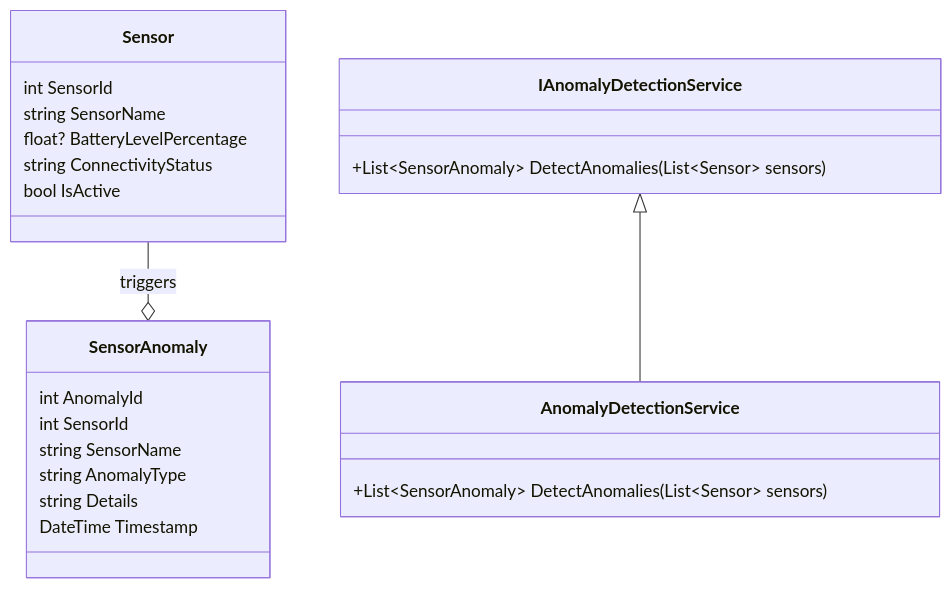
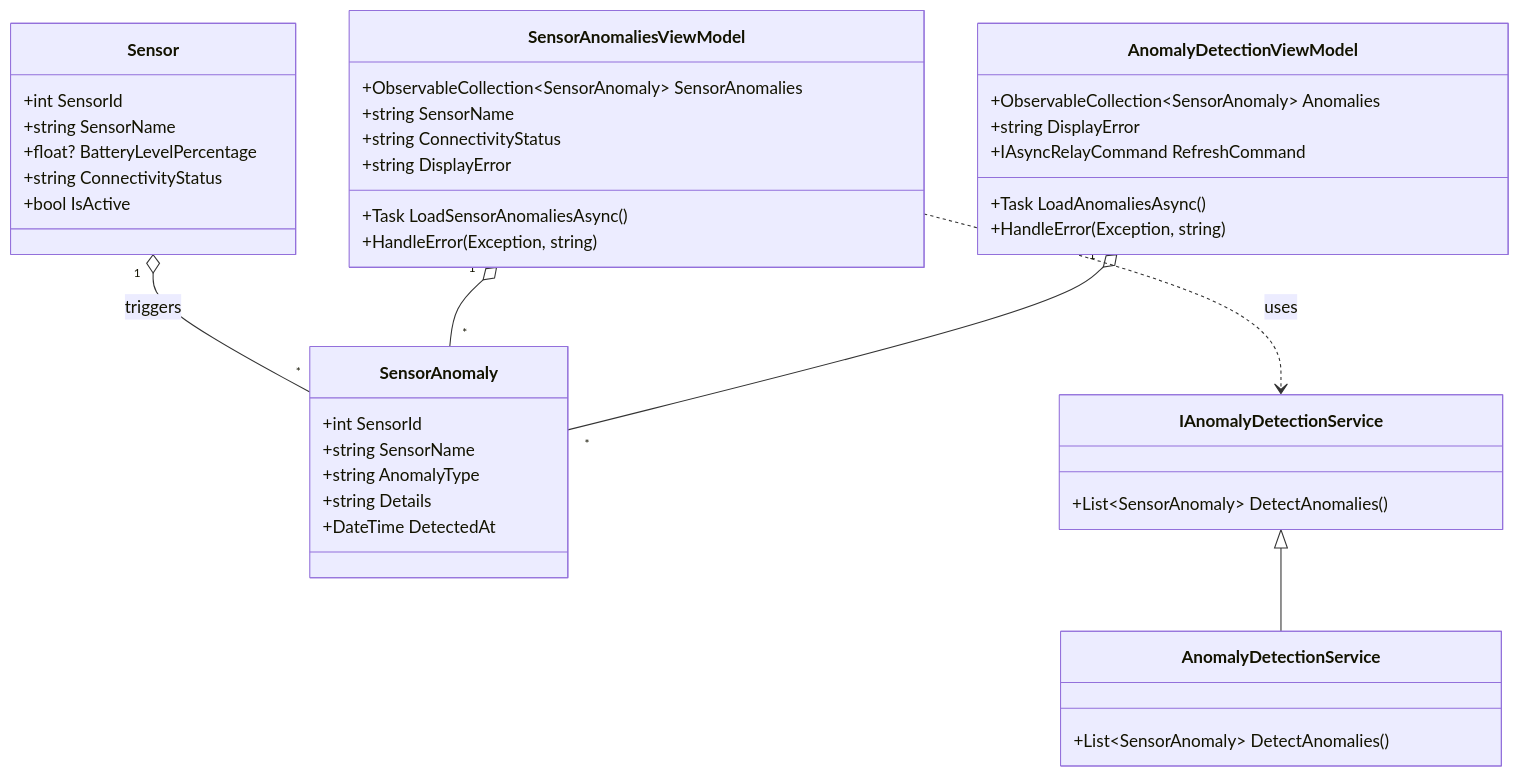
Before and after one commit to 40626785/Environment-Manager: the diagram in docs/source/SensorAnomalies.mmd, drawn with Mermaid.

Commit message:
Update SensorAnomalies.mmd
Updated Diagram

```diff
--- a/docs/source/SensorAnomalies.mmd
+++ b/docs/source/SensorAnomalies.mmd
@@ -1,28 +1,41 @@
 classDiagram
     class Sensor {
-        int SensorId
-        string SensorName
-        float? BatteryLevelPercentage
-        string ConnectivityStatus
-        bool IsActive
+      +int SensorId
+      +string SensorName
+      +float? BatteryLevelPercentage
+      +string ConnectivityStatus
+      +bool IsActive
     }
-
     class SensorAnomaly {
-        int AnomalyId
-        int SensorId
-        string SensorName
-        string AnomalyType
-        string Details
-        DateTime Timestamp
+      +int SensorId
+      +string SensorName
+      +string AnomalyType
+      +string Details
+      +DateTime DetectedAt
     }
-
     class IAnomalyDetectionService {
-        +List~SensorAnomaly~ DetectAnomalies(List~Sensor~ sensors)
+      +List~SensorAnomaly~ DetectAnomalies()
     }
-
     class AnomalyDetectionService {
-        +List~SensorAnomaly~ DetectAnomalies(List~Sensor~ sensors)
+      +List~SensorAnomaly~ DetectAnomalies()
     }
-
-    Sensor --o SensorAnomaly : triggers
+    class SensorAnomaliesViewModel {
+      +ObservableCollection~SensorAnomaly~ SensorAnomalies
+      +string SensorName
+      +string ConnectivityStatus
+      +string DisplayError
+      +Task LoadSensorAnomaliesAsync()
+      +HandleError(Exception, string)
+    }
+    class AnomalyDetectionViewModel {
+      +ObservableCollection~SensorAnomaly~ Anomalies
+      +string DisplayError
+      +IAsyncRelayCommand RefreshCommand
+      +Task LoadAnomaliesAsync()
+      +HandleError(Exception, string)
+    }
+    Sensor "1" o-- "*" SensorAnomaly : triggers
     IAnomalyDetectionService <|-- AnomalyDetectionService
+    SensorAnomaliesViewModel "1" o-- "*" SensorAnomaly
+    AnomalyDetectionViewModel "1" o-- "*" SensorAnomaly
+    SensorAnomaliesViewModel ..> IAnomalyDetectionService : uses
```
